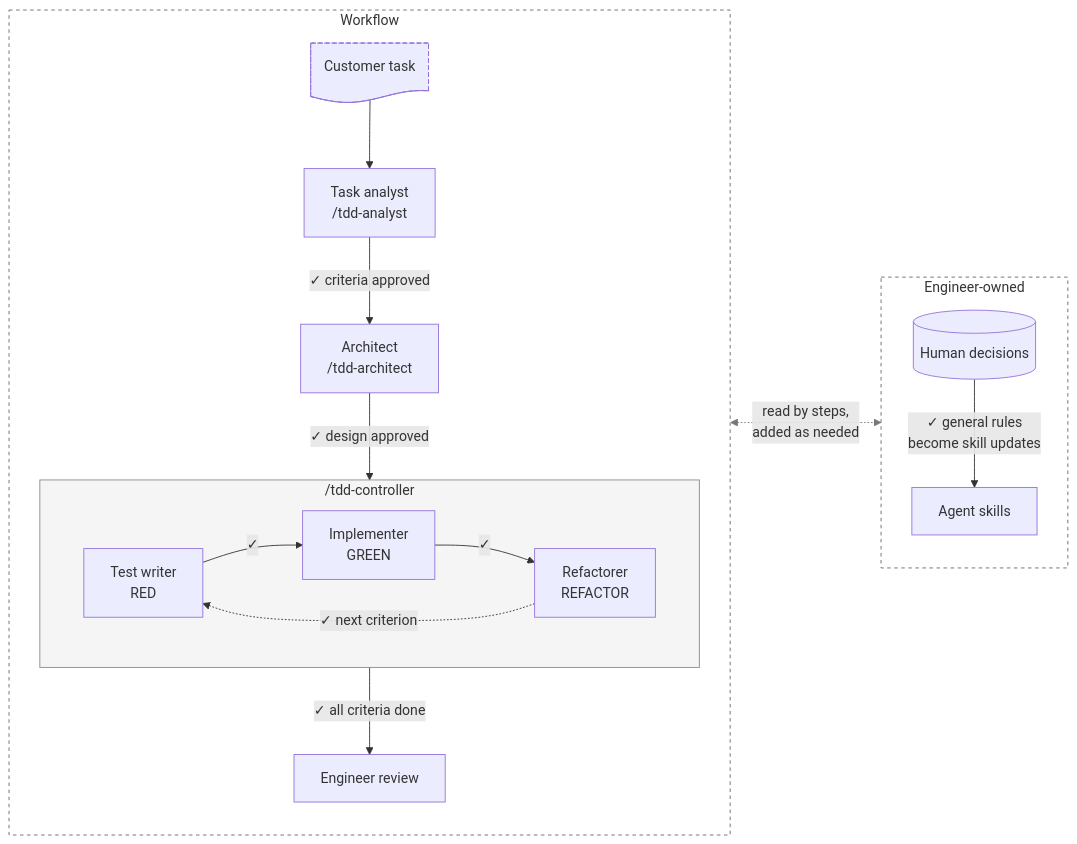
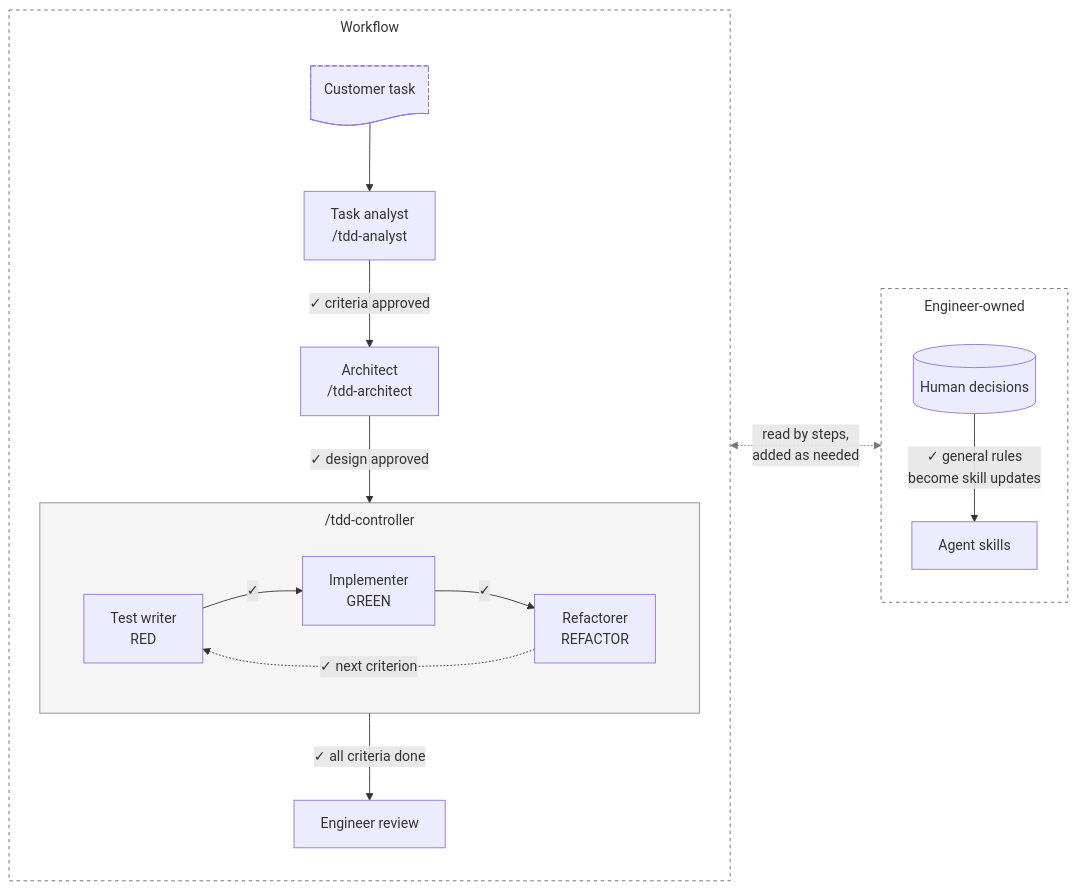
One commit to michal-pekala/AgenticTDD changed the diagram in README.md. Above: the diagram before and after it, drawn with Mermaid.

Commit message:
Add space under group titles in the README diagram

````diff
--- a/README.md
+++ b/README.md
@@ -12,37 +12,38 @@
 ```mermaid
+%%{init: {"flowchart": {"subGraphTitleMargin": {"top": 8, "bottom": 18}}}}%%
 flowchart LR
     subgraph WF ["Workflow"]
         direction TB
         T@{ shape: doc, label: "Customer task" }
         T --> A["Task analyst<br/>/tdd-analyst"]
         A -->|"✓ criteria approved"| R["Architect<br/>/tdd-architect"]
         R -->|"✓ design approved"| C
 
         subgraph C ["/tdd-controller"]
             direction LR
             W["Test writer<br/>RED"]
             I["Implementer<br/>GREEN"]
             F["Refactorer<br/>REFACTOR"]
             W -->|"✓"| I
             I -->|"✓"| F
             F -.->|"✓ next criterion"| W
         end
 
         C -->|"✓ all criteria done"| E["Engineer review"]
     end
 
     subgraph H ["Engineer-owned"]
         direction TB
         D[("Human decisions")]
         S["Agent skills"]
         D -->|"✓ general rules<br/>become skill updates"| S
     end
 
     WF <-.->|"read by steps,<br/>added as needed"| H
 
     linkStyle 8 stroke:#777,stroke-width:1px
     style WF fill:none,stroke:#666,stroke-dasharray:4 4
     style H fill:none,stroke:#666,stroke-dasharray:4 4
     style C fill:#80808014,stroke:#888
     style T stroke-dasharray:5 3
 ```
````
